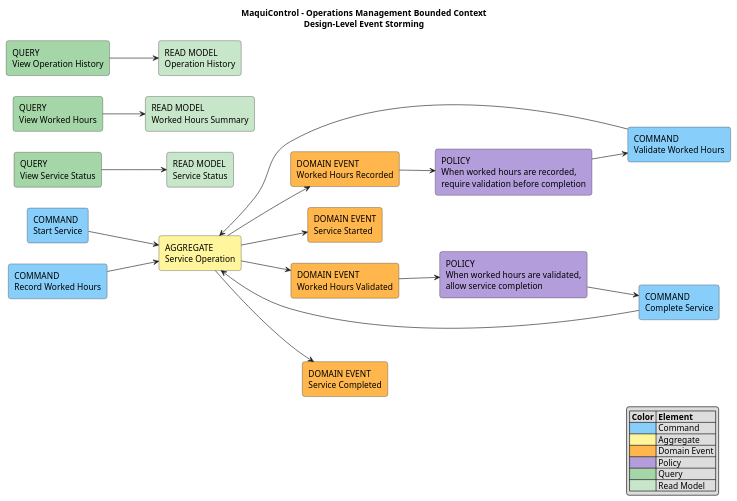
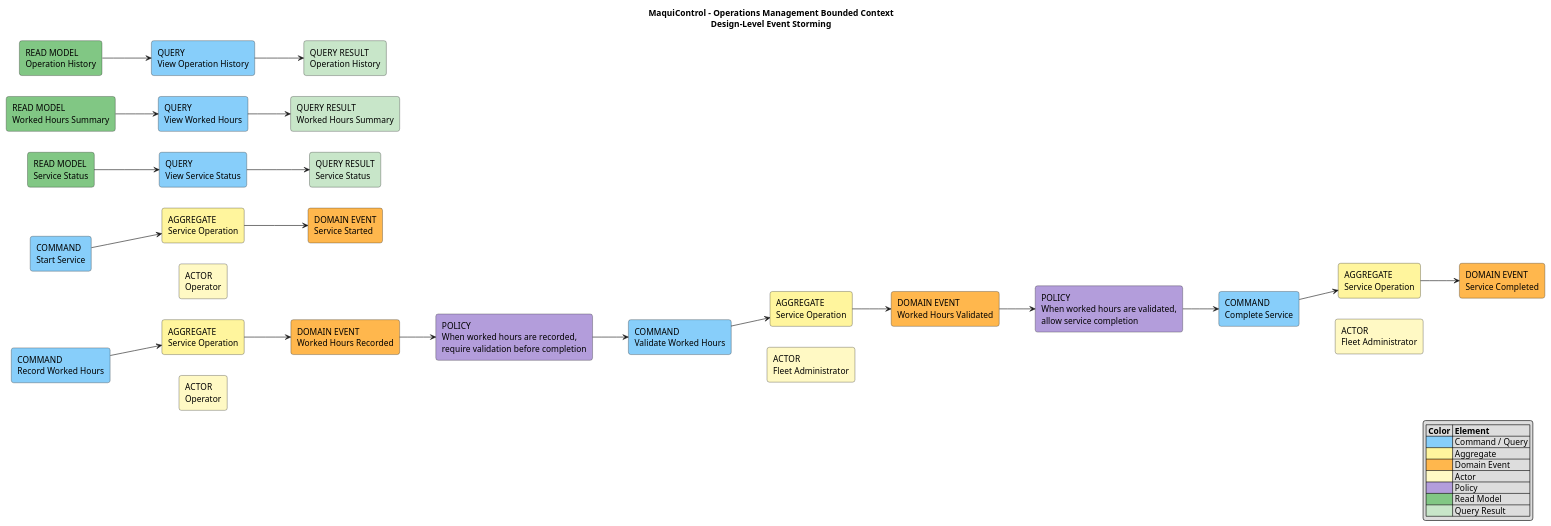
The diagram in docs/architecture/event-storming/operations-management-design-level.puml (AndesHeavyTech/MaquiControl), drawn with PlantUML before and after one commit. The commit also changed 13 other files, not shown here.

```diff
--- a/docs/architecture/event-storming/operations-management-design-level.puml
+++ b/docs/architecture/event-storming/operations-management-design-level.puml
@@ -1,77 +1,94 @@
 @startuml
 title MaquiControl - Operations Management Bounded Context\nDesign-Level Event Storming
 
 left to right direction
 skinparam shadowing false
 skinparam roundcorner 8
 skinparam defaultFontName Arial
 
 ' =========================
 ' Styles
 ' =========================
 
 rectangle "COMMAND\nStart Service" as CMD_START #87CEFA
+rectangle "AGGREGATE\nService Operation" as AGG_START #FFF59D
+rectangle "ACTOR\nOperator" as ACT_START #FFF9C4
 rectangle "COMMAND\nRecord Worked Hours" as CMD_RECORD_HOURS #87CEFA
+rectangle "AGGREGATE\nService Operation" as AGG_RECORD_HOURS #FFF59D
+rectangle "ACTOR\nOperator" as ACT_RECORD_HOURS #FFF9C4
 rectangle "COMMAND\nValidate Worked Hours" as CMD_VALIDATE_HOURS #87CEFA
+rectangle "AGGREGATE\nService Operation" as AGG_VALIDATE_HOURS #FFF59D
+rectangle "ACTOR\nFleet Administrator" as ACT_VALIDATE_HOURS #FFF9C4
 rectangle "COMMAND\nComplete Service" as CMD_COMPLETE #87CEFA
-
-rectangle "AGGREGATE\nService Operation" as AGG_OPERATION #FFF59D
+rectangle "AGGREGATE\nService Operation" as AGG_COMPLETE #FFF59D
+rectangle "ACTOR\nFleet Administrator" as ACT_COMPLETE #FFF9C4
 
 rectangle "DOMAIN EVENT\nService Started" as EVT_STARTED #FFB74D
 rectangle "DOMAIN EVENT\nWorked Hours Recorded" as EVT_HOURS_RECORDED #FFB74D
 rectangle "DOMAIN EVENT\nWorked Hours Validated" as EVT_HOURS_VALIDATED #FFB74D
 rectangle "DOMAIN EVENT\nService Completed" as EVT_COMPLETED #FFB74D
 
 rectangle "POLICY\nWhen worked hours are recorded,\nrequire validation before completion" as POL_VALIDATE_RECORDED_HOURS #B39DDB
 rectangle "POLICY\nWhen worked hours are validated,\nallow service completion" as POL_COMPLETE_VALIDATED_SERVICE #B39DDB
 
-rectangle "QUERY\nView Service Status" as QUERY_STATUS #A5D6A7
-rectangle "READ MODEL\nService Status" as READ_STATUS #C8E6C9
+rectangle "READ MODEL\nService Status" as READ_STATUS #81C784
+rectangle "QUERY\nView Service Status" as QUERY_STATUS #87CEFA
+rectangle "QUERY RESULT\nService Status" as RESULT_STATUS #C8E6C9
 
-rectangle "QUERY\nView Worked Hours" as QUERY_HOURS #A5D6A7
-rectangle "READ MODEL\nWorked Hours Summary" as READ_HOURS #C8E6C9
+rectangle "READ MODEL\nWorked Hours Summary" as READ_HOURS #81C784
+rectangle "QUERY\nView Worked Hours" as QUERY_HOURS #87CEFA
+rectangle "QUERY RESULT\nWorked Hours Summary" as RESULT_HOURS #C8E6C9
 
-rectangle "QUERY\nView Operation History" as QUERY_HISTORY #A5D6A7
-rectangle "READ MODEL\nOperation History" as READ_HISTORY #C8E6C9
+rectangle "READ MODEL\nOperation History" as READ_HISTORY #81C784
+rectangle "QUERY\nView Operation History" as QUERY_HISTORY #87CEFA
+rectangle "QUERY RESULT\nOperation History" as RESULT_HISTORY #C8E6C9
 
 ' =========================
 ' Commands -> Aggregate -> Events
 ' =========================
 
-CMD_START --> AGG_OPERATION
-AGG_OPERATION --> EVT_STARTED
+CMD_START --> AGG_START
+AGG_START --> EVT_STARTED
+ACT_START -[hidden]up-> CMD_START
 
-CMD_RECORD_HOURS --> AGG_OPERATION
-AGG_OPERATION --> EVT_HOURS_RECORDED
+CMD_RECORD_HOURS --> AGG_RECORD_HOURS
+AGG_RECORD_HOURS --> EVT_HOURS_RECORDED
+ACT_RECORD_HOURS -[hidden]up-> CMD_RECORD_HOURS
 
-CMD_VALIDATE_HOURS --> AGG_OPERATION
-AGG_OPERATION --> EVT_HOURS_VALIDATED
+CMD_VALIDATE_HOURS --> AGG_VALIDATE_HOURS
+AGG_VALIDATE_HOURS --> EVT_HOURS_VALIDATED
+ACT_VALIDATE_HOURS -[hidden]up-> CMD_VALIDATE_HOURS
 
-CMD_COMPLETE --> AGG_OPERATION
-AGG_OPERATION --> EVT_COMPLETED
+CMD_COMPLETE --> AGG_COMPLETE
+AGG_COMPLETE --> EVT_COMPLETED
+ACT_COMPLETE -[hidden]up-> CMD_COMPLETE
 
 EVT_HOURS_RECORDED --> POL_VALIDATE_RECORDED_HOURS
 POL_VALIDATE_RECORDED_HOURS --> CMD_VALIDATE_HOURS
 
 EVT_HOURS_VALIDATED --> POL_COMPLETE_VALIDATED_SERVICE
 POL_COMPLETE_VALIDATED_SERVICE --> CMD_COMPLETE
 
 ' =========================
 ' Queries -> Read Models
 ' =========================
 
-QUERY_STATUS --> READ_STATUS
-QUERY_HOURS --> READ_HOURS
-QUERY_HISTORY --> READ_HISTORY
+READ_STATUS --> QUERY_STATUS
+QUERY_STATUS --> RESULT_STATUS
+READ_HOURS --> QUERY_HOURS
+QUERY_HOURS --> RESULT_HOURS
+READ_HISTORY --> QUERY_HISTORY
+QUERY_HISTORY --> RESULT_HISTORY
 
 legend right
 |= Color |= Element |
-|<#87CEFA>| Command |
+|<#87CEFA>| Command / Query |
 |<#FFF59D>| Aggregate |
 |<#FFB74D>| Domain Event |
+|<#FFF9C4>| Actor |
 |<#B39DDB>| Policy |
-|<#A5D6A7>| Query |
-|<#C8E6C9>| Read Model |
+|<#81C784>| Read Model |
+|<#C8E6C9>| Query Result |
 endlegend
 
 @enduml
```
